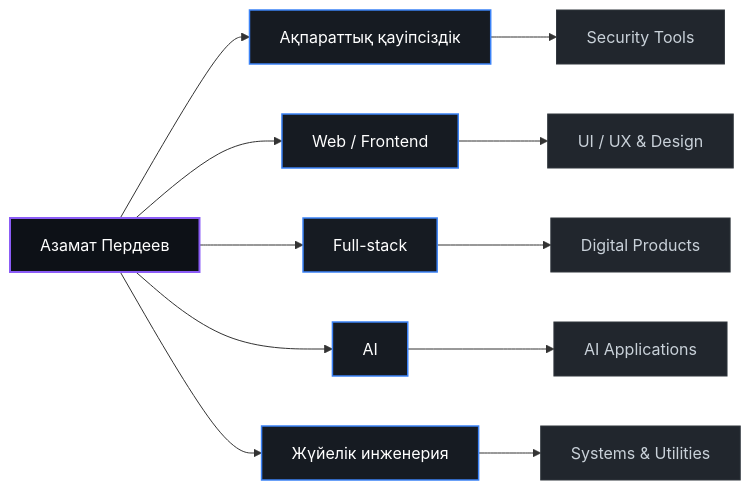
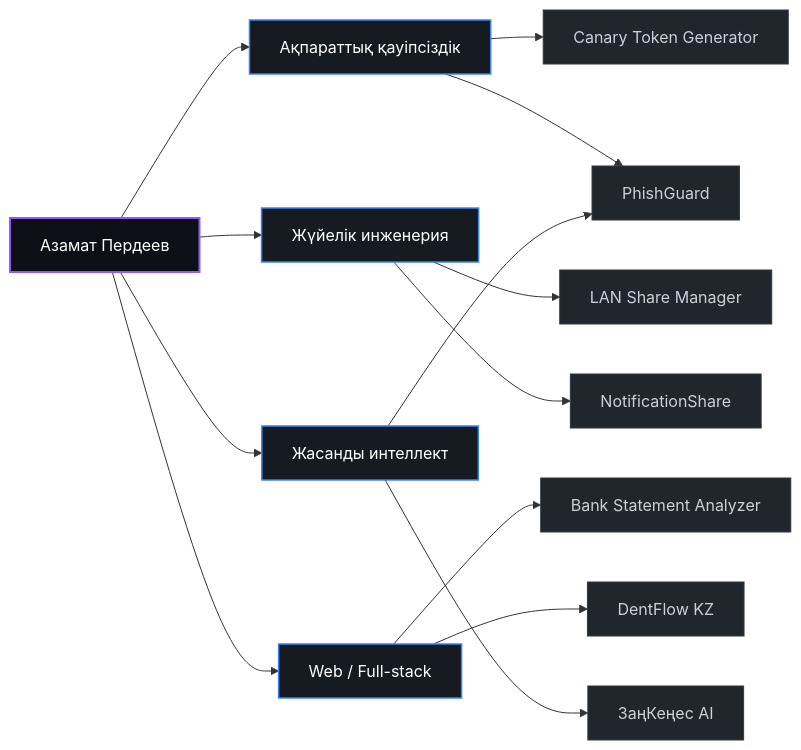
The diagram in README.md (Azamaperdeev05/Azamaperdeev05), drawn with Mermaid before and after one commit. The commit also changed other lines of this file, not shown here.

````diff
--- a/README.md
+++ b/README.md
@@ -62,23 +74,24 @@
 ```mermaid
 flowchart LR
-    A[Азамат Пердеев]
+    Me[Азамат Пердеев]
+    Me --> Sec[Ақпараттық қауіпсіздік]
+    Me --> Sys[Жүйелік инженерия]
+    Me --> Web[Web / Full-stack]
+    Me --> AI[Жасанды интеллект]
 
-    A --> B[Ақпараттық қауіпсіздік]
-    A --> C[Web / Frontend]
-    A --> D[Full-stack]
-    A --> E[AI]
-    A --> F[Жүйелік инженерия]
-
-    B --> G[Security Tools]
-    C --> H[UI / UX & Design]
-    D --> I[Digital Products]
-    E --> J[AI Applications]
-    F --> K[Systems & Utilities]
+    Sec --> P1[Canary Token Generator]
+    Sec --> P2[PhishGuard]
+    Sys --> P3[LAN Share Manager]
+    Sys --> P4[NotificationShare]
+    Web --> P5[Bank Statement Analyzer]
+    Web --> P6[DentFlow KZ]
+    AI --> P2
+    AI --> P7[ЗаңКеңес AI]
 
     classDef core fill:#0d1117,stroke:#8B5CF6,stroke-width:2px,color:#ffffff;
     classDef branch fill:#161b22,stroke:#3b82f6,stroke-width:1.5px,color:#ffffff;
     classDef leaf fill:#21262d,stroke:#30363d,stroke-width:1px,color:#c9d1d9;
-    class A core;
-    class B,C,D,E,F branch;
-    class G,H,I,J,K leaf;
+    class Me core;
+    class Sec,Sys,Web,AI branch;
+    class P1,P2,P3,P4,P5,P6,P7 leaf;
 ```
````
